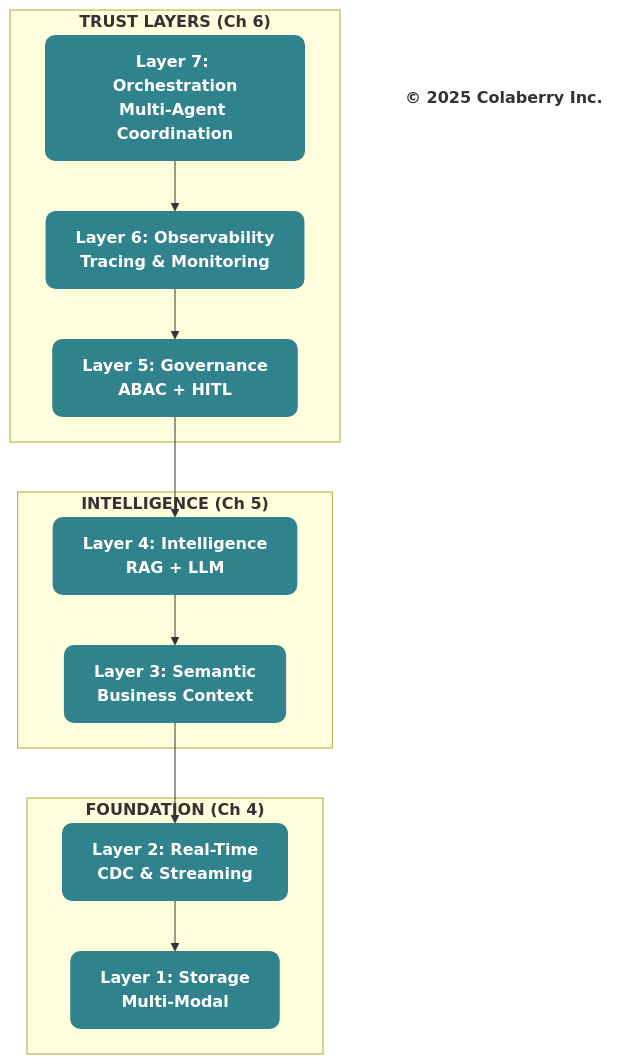
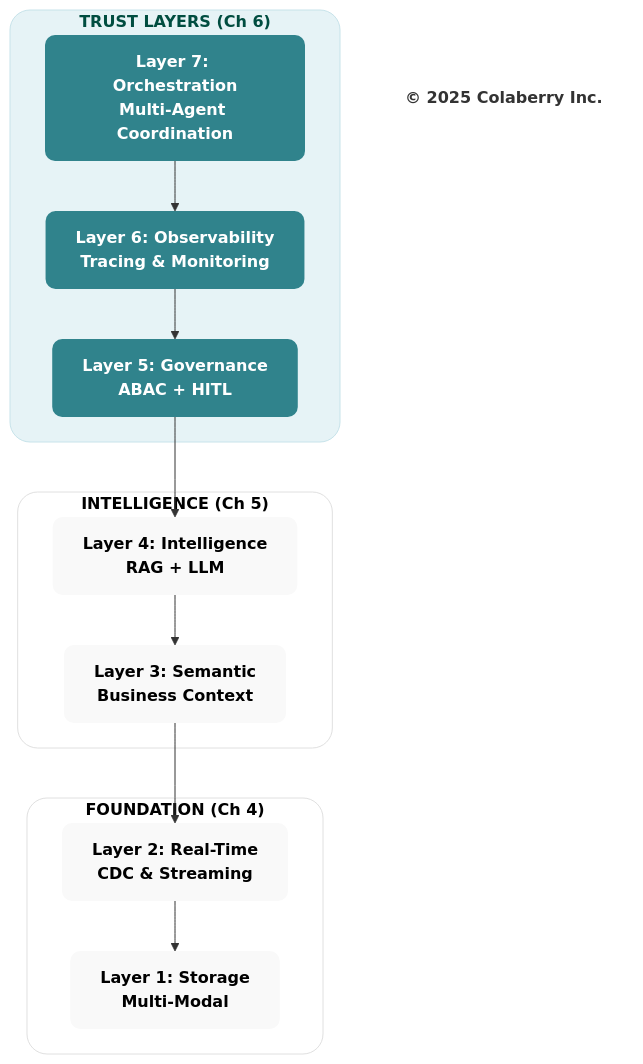
The third of 14 diagrams in manuscript/07_chapter_6_transparency_orchestration_layers.md (saitejesh-cyber/trust-before-intelligence-book), drawn with Mermaid before and after one commit. The commit also changed other lines of this file and 1 other file, not shown here.

Commit message:
fixes for few diagrams

````diff
--- a/manuscript/07_chapter_6_transparency_orchestration_layers.md
+++ b/manuscript/07_chapter_6_transparency_orchestration_layers.md
@@ -156,31 +156,34 @@
 ```mermaid
 graph TB
-    subgraph "<b>TRUST LAYERS (Ch 6)</b>"
+    subgraph TRUST_LAYERS["<b>TRUST LAYERS (Ch 6)</b>"]
         L7["<b>Layer 7: Orchestration</b><br/><b>Multi-Agent Coordination</b>"]
         L6["<b>Layer 6: Observability</b><br/><b>Tracing & Monitoring</b>"]
         L5["<b>Layer 5: Governance</b><br/><b>ABAC + HITL</b>"]
     end
     
-    subgraph "<b>INTELLIGENCE (Ch 5)</b>"
+    subgraph INTELLIGENCE_CH5["<b>INTELLIGENCE (Ch 5)</b>"]
         L4["<b>Layer 4: Intelligence</b><br/><b>RAG + LLM</b>"]
         L3["<b>Layer 3: Semantic</b><br/><b>Business Context</b>"]
     end
     
-    subgraph "<b>FOUNDATION (Ch 4)</b>"
+    subgraph FOUNDATION_CH4["<b>FOUNDATION (Ch 4)</b>"]
         L2["<b>Layer 2: Real-Time</b><br/><b>CDC & Streaming</b>"]
         L1["<b>Layer 1: Storage</b><br/><b>Multi-Modal</b>"]
     end
     
     Copyright["<b>© 2025 Colaberry Inc.</b>"]
     
     L7 --> L6 --> L5 --> L4 --> L3 --> L2 --> L1
     
-    style L7 fill:#30838C,stroke:none,color:#ffffff,rx:10,ry:10
-    style L6 fill:#30838C,stroke:none,color:#ffffff,rx:10,ry:10
-    style L5 fill:#30838C,stroke:none,color:#ffffff,rx:10,ry:10
-    style L4 fill:#30838C,stroke:none,color:#ffffff,rx:10,ry:10
-    style L3 fill:#30838C,stroke:none,color:#ffffff,rx:10,ry:10
-    style L2 fill:#30838C,stroke:none,color:#ffffff,rx:10,ry:10
-    style L1 fill:#30838C,stroke:none,color:#ffffff,rx:10,ry:10
+        style L7 fill:#30838C,stroke:none,color:#ffffff,rx:10,ry:10
+        style L6 fill:#30838C,stroke:none,color:#ffffff,rx:10,ry:10
+        style L5 fill:#30838C,stroke:none,color:#ffffff,rx:10,ry:10
+        style L4 fill:#f9f9f9,stroke:none,color:#000000,rx:10,ry:10
+        style L3 fill:#f9f9f9,stroke:none,color:#000000,rx:10,ry:10
+        style L2 fill:#f9f9f9,stroke:none,color:#000000,rx:10,ry:10
+        style L1 fill:#f9f9f9,stroke:none,color:#000000,rx:10,ry:10
+    style TRUST_LAYERS fill:#e6f3f6,stroke:#c7e3ea,stroke-width:1px,color:#004d40,rx:20,ry:20
+    style INTELLIGENCE_CH5 fill:#ffffff,stroke:#e0e0e0,stroke-width:1px,color:#000000,rx:20,ry:20
+    style FOUNDATION_CH4 fill:#ffffff,stroke:#e0e0e0,stroke-width:1px,color:#000000,rx:20,ry:20
     style Copyright fill:none,stroke:none,color:#333333
 ```
````
